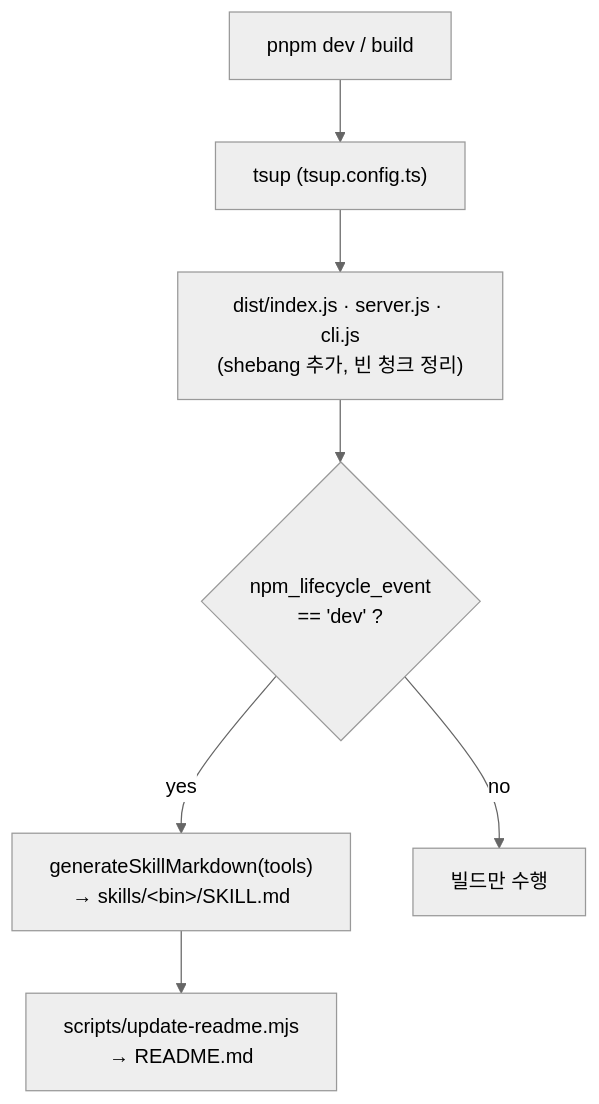
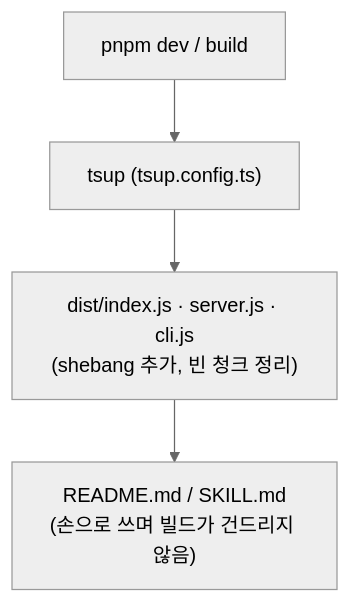
One commit to jl917/mcp-kit changed the third of 4 diagrams in docs/ko/03-architecture.md. Above: the diagram before and after it, drawn with Mermaid (neutral theme). The commit also changed other lines of this file and 43 other files, not shown here.

````diff
--- a/docs/ko/03-architecture.md
+++ b/docs/ko/03-architecture.md
@@ -214,9 +212,6 @@
 ```mermaid
 flowchart TD
     A["pnpm dev / build"] --> B["tsup (tsup.config.ts)"]
     B --> C["dist/index.js · server.js · cli.js<br/>(shebang 추가, 빈 청크 정리)"]
-    C --> D{"npm_lifecycle_event<br/>== 'dev' ?"}
-    D -->|yes| E["generateSkillMarkdown(tools)<br/>→ skills/&lt;bin&gt;/SKILL.md"]
-    E --> F["scripts/update-readme.mjs<br/>→ README.md"]
-    D -->|no| G["빌드만 수행"]
+    C --> D["README.md / SKILL.md<br/>(손으로 쓰며 빌드가 건드리지 않음)"]
 ```
````
